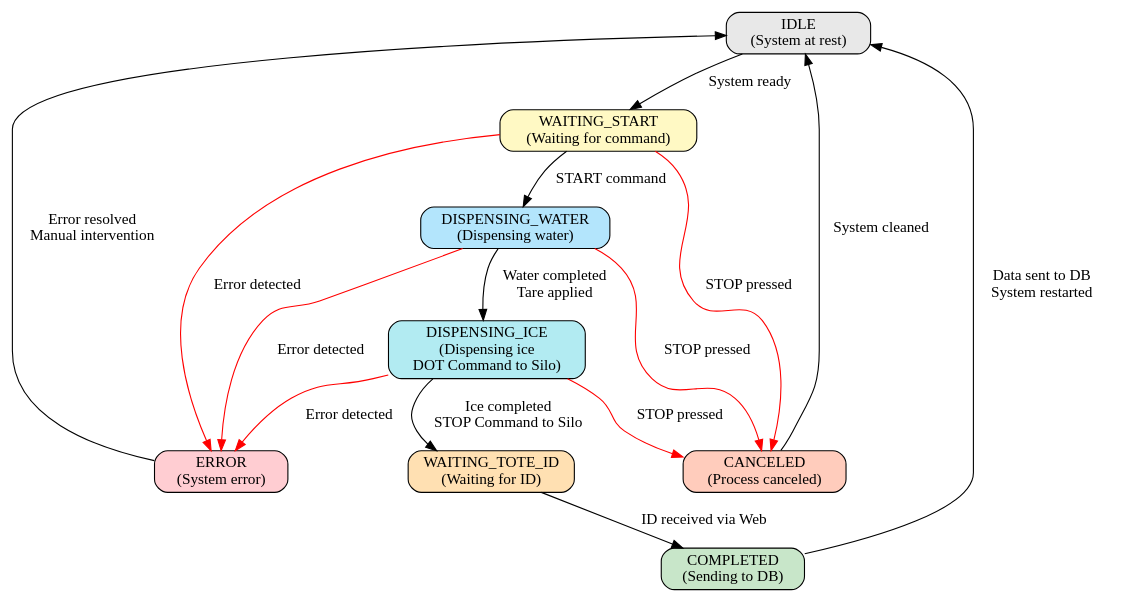
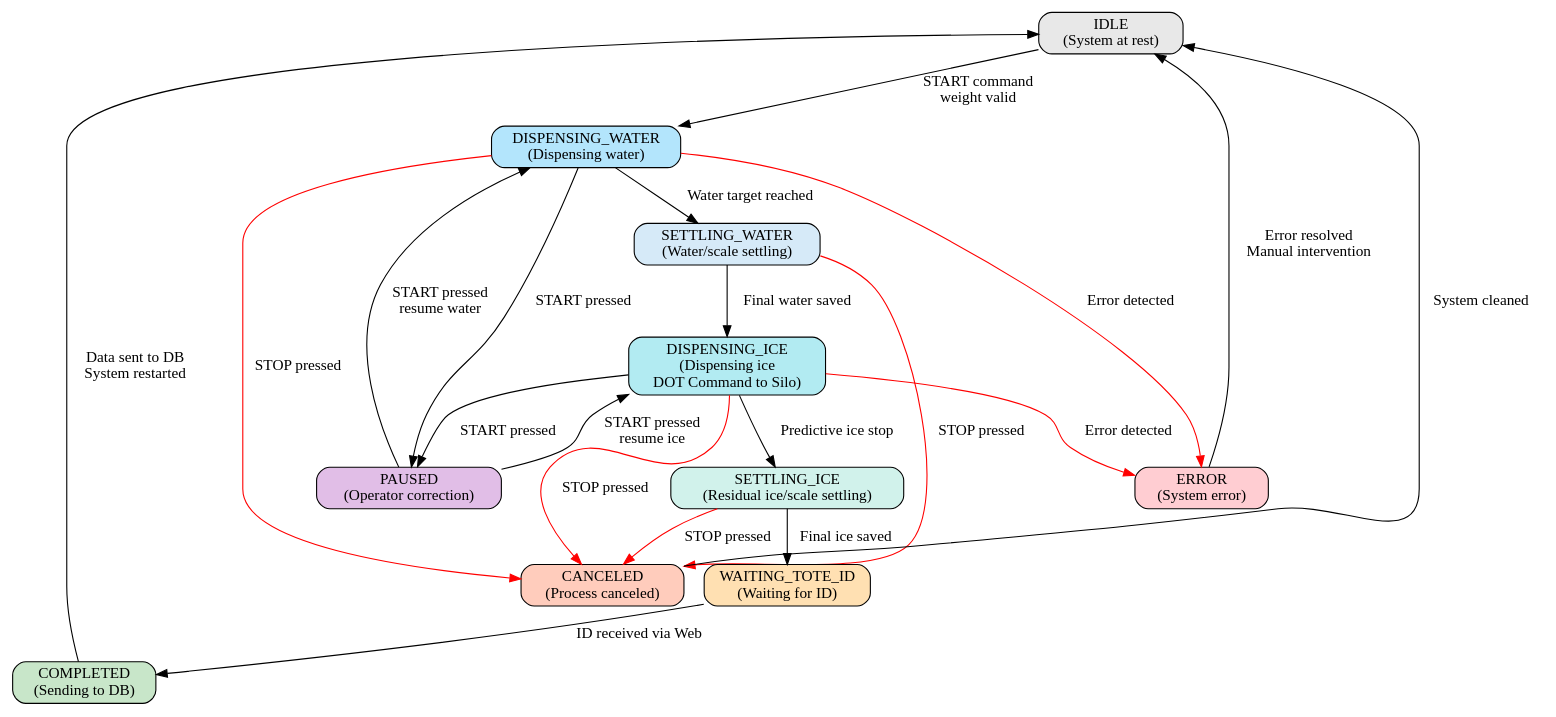
The second of 3 diagrams in README.md (ayam-brand-IOT/Tote_outbound), drawn with Graphviz before and after one commit. The commit also changed other lines of this file and 10 other files, not shown here.

````diff
--- a/README.md
+++ b/README.md
@@ -68,32 +68,40 @@
 ```dot
 digraph ToteStates {
     rankdir=TB;
     node [shape=box, style=rounded];
     
     IDLE [label="IDLE\n(System at rest)", style="rounded,filled", fillcolor="#e8e8e8"];
-    WAITING_START [label="WAITING_START\n(Waiting for command)", style="rounded,filled", fillcolor="#fff9c4"];
     DISPENSING_WATER [label="DISPENSING_WATER\n(Dispensing water)", style="rounded,filled", fillcolor="#b3e5fc"];
+    SETTLING_WATER [label="SETTLING_WATER\n(Water/scale settling)", style="rounded,filled", fillcolor="#d6eaf8"];
     DISPENSING_ICE [label="DISPENSING_ICE\n(Dispensing ice\nDOT Command to Silo)", style="rounded,filled", fillcolor="#b2ebf2"];
+    SETTLING_ICE [label="SETTLING_ICE\n(Residual ice/scale settling)", style="rounded,filled", fillcolor="#d1f2eb"];
     WAITING_TOTE_ID [label="WAITING_TOTE_ID\n(Waiting for ID)", style="rounded,filled", fillcolor="#ffe0b2"];
+    PAUSED [label="PAUSED\n(Operator correction)", style="rounded,filled", fillcolor="#e1bee7"];
     COMPLETED [label="COMPLETED\n(Sending to DB)", style="rounded,filled", fillcolor="#c8e6c9"];
     CANCELED [label="CANCELED\n(Process canceled)", style="rounded,filled", fillcolor="#ffccbc"];
     ERROR [label="ERROR\n(System error)", style="rounded,filled", fillcolor="#ffcdd2"];
     
-    IDLE -> WAITING_START [label="System ready"];
-    WAITING_START -> DISPENSING_WATER [label="START command"];
-    DISPENSING_WATER -> DISPENSING_ICE [label="Water completed\nTare applied"];
-    DISPENSING_ICE -> WAITING_TOTE_ID [label="Ice completed\nSTOP Command to Silo"];
+    IDLE -> DISPENSING_WATER [label="START command\nweight valid"];
+    DISPENSING_WATER -> SETTLING_WATER [label="Water target reached"];
+    SETTLING_WATER -> DISPENSING_ICE [label="Final water saved"];
+    DISPENSING_ICE -> SETTLING_ICE [label="Predictive ice stop"];
+    SETTLING_ICE -> WAITING_TOTE_ID [label="Final ice saved"];
     WAITING_TOTE_ID -> COMPLETED [label="ID received via Web"];
     COMPLETED -> IDLE [label="Data sent to DB\nSystem restarted"];
     
-    WAITING_START -> CANCELED [label="STOP pressed", color=red];
     DISPENSING_WATER -> CANCELED [label="STOP pressed", color=red];
     DISPENSING_ICE -> CANCELED [label="STOP pressed", color=red];
+    SETTLING_WATER -> CANCELED [label="STOP pressed", color=red];
+    SETTLING_ICE -> CANCELED [label="STOP pressed", color=red];
     CANCELED -> IDLE [label="System cleaned"];
+
+    DISPENSING_WATER -> PAUSED [label="START pressed"];
+    DISPENSING_ICE -> PAUSED [label="START pressed"];
+    PAUSED -> DISPENSING_WATER [label="START pressed\nresume water"];
+    PAUSED -> DISPENSING_ICE [label="START pressed\nresume ice"];
     
-    WAITING_START -> ERROR [label="Error detected", color=red];
     DISPENSING_WATER -> ERROR [label="Error detected", color=red];
     DISPENSING_ICE -> ERROR [label="Error detected", color=red];
     ERROR -> IDLE [label="Error resolved\nManual intervention"];
 }
 ```
````
